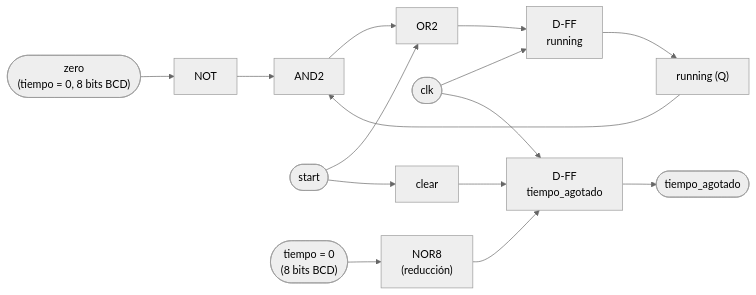
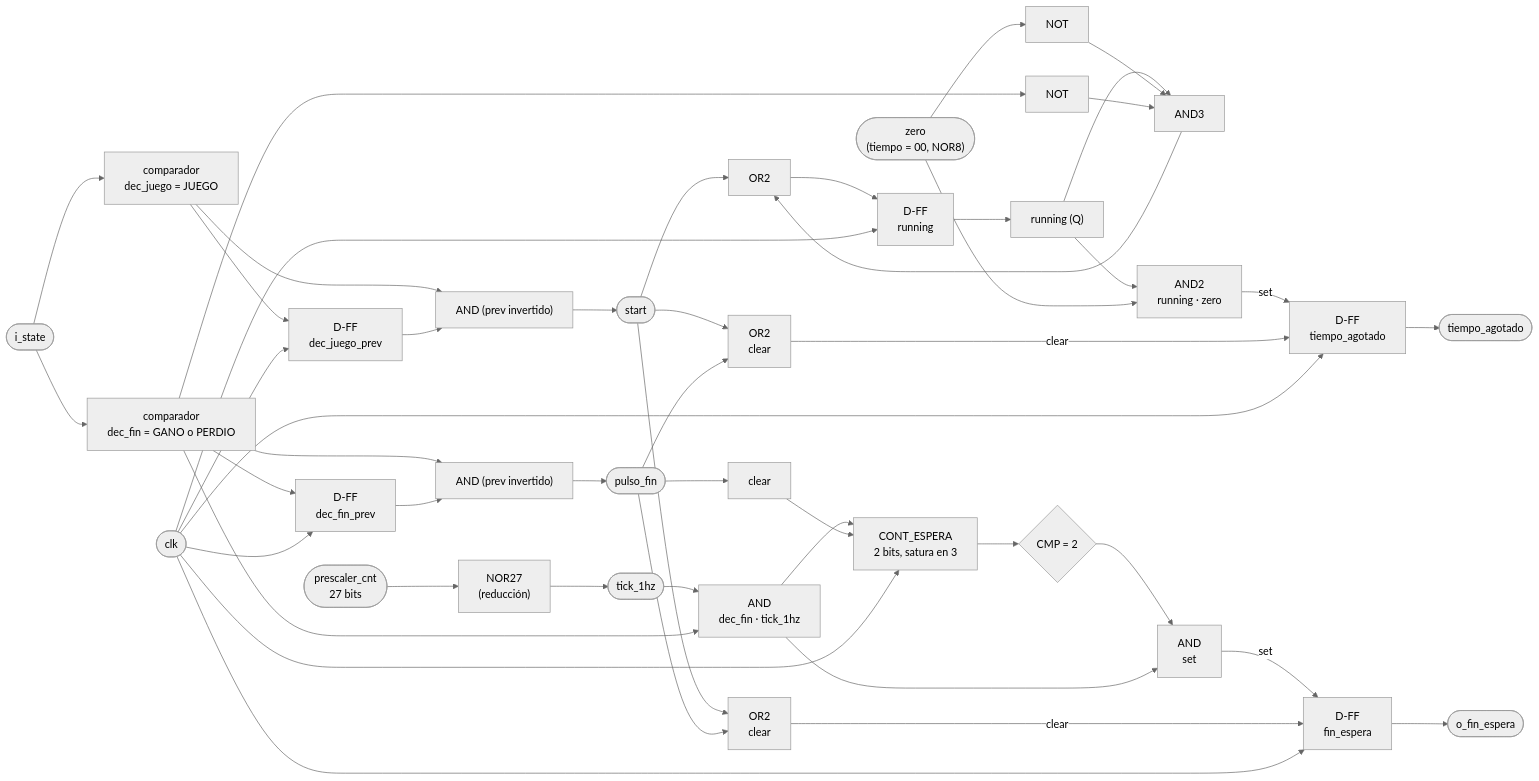
Before and after one commit to Taller-de-diseno-digital-GR01/Proyecto-2-Ahorcado: diagram 23 of 44 in docs/diseño/diseño.md, drawn with Mermaid (neutral theme). The commit also changed other lines of this file and 7 other files, not shown here.

````diff
--- a/docs/diseño/diseño.md
+++ b/docs/diseño/diseño.md
@@ -1856,18 +2069,55 @@
 ```mermaid
 flowchart LR
-    ZERO(["zero<br/>(tiempo = 0, 8 bits BCD)"]) --> NOT1["NOT"]
-    RUNQ["running (Q)"] --> AND1["AND2"]
+    STATEIN(["i_state"]) --> DECJ["comparador<br/>dec_juego = JUEGO"]
+    DECJ --> DJP["D-FF<br/>dec_juego_prev"]
+    CLK1(["clk"]) --> DJP
+    DECJ --> ANDJ["AND (prev invertido)"]
+    DJP --> ANDJ
+    ANDJ --> START(["start"])
+
+    STATEIN --> DECF["comparador<br/>dec_fin = GANO o PERDIO"]
+    DECF --> DFP["D-FF<br/>dec_fin_prev"]
+    CLK1 --> DFP
+    DECF --> ANDF["AND (prev invertido)"]
+    DFP --> ANDF
+    ANDF --> PULSOFIN(["pulso_fin"])
+
+    ZERO(["zero<br/>(tiempo = 00, NOR8)"]) --> NOT1["NOT"]
+    DECF --> NOT2["NOT"]
+    RUNQ["running (Q)"] --> AND1["AND3"]
     NOT1 --> AND1
+    NOT2 --> AND1
     AND1 --> OR1["OR2"]
-    START(["start"]) --> OR1
+    START --> OR1
     OR1 --> D1["D-FF<br/>running"]
-    CLK1(["clk"]) --> D1
+    CLK1 --> D1
     D1 --> RUNQ
 
-    T0(["tiempo = 0<br/>(8 bits BCD)"]) --> NOR1["NOR8<br/>(reducción)"]
-    NOR1 --> D2["D-FF<br/>tiempo_agotado"]
-    START --> RST2["clear"]
-    RST2 --> D2
+    PRE(["prescaler_cnt<br/>27 bits"]) --> NOR27["NOR27<br/>(reducción)"]
+    NOR27 --> TICK1HZ(["tick_1hz"])
+
+    RUNQ --> ANDTA["AND2<br/>running · zero"]
+    ZERO --> ANDTA
+    START --> ORTA["OR2<br/>clear"]
+    PULSOFIN --> ORTA
+    ANDTA -->|set| D2["D-FF<br/>tiempo_agotado"]
+    ORTA -->|clear| D2
     CLK1 --> D2
     D2 --> OUTFIN(["tiempo_agotado"])
+
+    PULSOFIN --> CE_RST["clear"]
+    TICK1HZ --> CE_EN["AND<br/>dec_fin · tick_1hz"]
+    DECF --> CE_EN
+    CE_EN --> CE_CNT["CONT_ESPERA<br/>2 bits, satura en 3"]
+    CE_RST --> CE_CNT
+    CLK1 --> CE_CNT
+    CE_CNT --> CE_CMP{"CMP = 2"}
+    CE_CMP --> CE_SET["AND<br/>set"]
+    CE_EN --> CE_SET
+    START --> ORFE["OR2<br/>clear"]
+    PULSOFIN --> ORFE
+    CE_SET -->|set| CE_D["D-FF<br/>fin_espera"]
+    ORFE -->|clear| CE_D
+    CLK1 --> CE_D
+    CE_D --> OUTESPERA(["o_fin_espera"])
 ```
````
